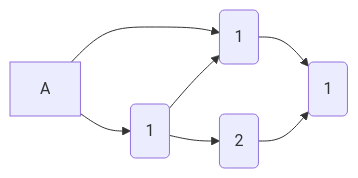
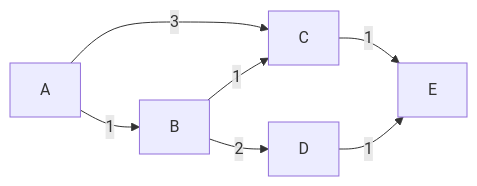
The second of 2 diagrams in content/Lessons/S2/graphs.md (firegreen/Learn--cpp_programming), drawn with Mermaid before and after one commit. The commit also changed other lines of this file, not shown here.

Commit message:
✏️ Fix table and graph display (+ add bold Letters)

````diff
--- a/content/Lessons/S2/graphs.md
+++ b/content/Lessons/S2/graphs.md
@@ -153,9 +153,9 @@
 ```mermaid
 graph LR
-    A --> B(1)
-    A --> C(3)
-    B --> C(1)
-    B --> D(2)
-    C --> E(1)
-    D --> E(1)
+    A --1--> B
+    A --3--> C
+    B --1--> C
+    B --2--> D
+    C --1--> E
+    D --1--> E
 ```
````
